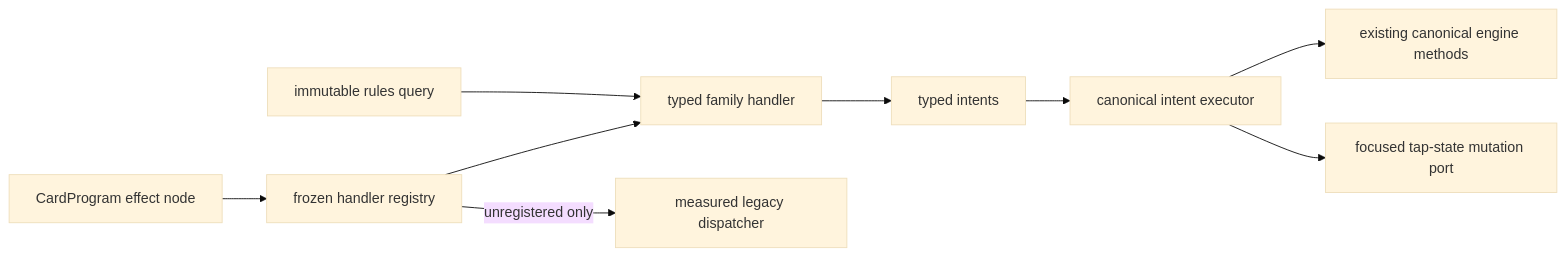
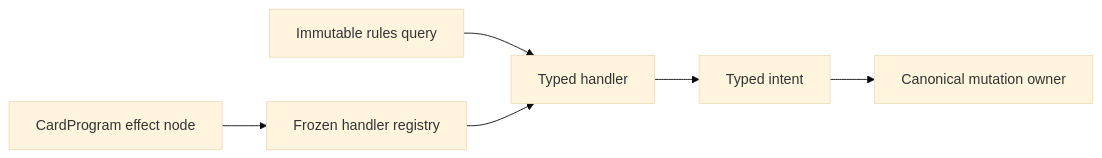
One commit to MoellerJDev/mtg-commander-sim changed the diagram in docs/architecture/semantic-handlers.md. Above: the diagram before and after it, drawn with Mermaid (base theme). The commit also changed other lines of this file and 103 other files, not shown here.

````diff
--- a/docs/architecture/semantic-handlers.md
+++ b/docs/architecture/semantic-handlers.md
@@ -18,11 +18,8 @@
 ```mermaid
 flowchart LR
-    Program["CardProgram effect node"] --> Registry["frozen handler registry"]
-    Query["immutable rules query"] --> Handler["typed family handler"]
+    Node["CardProgram effect node"] --> Registry["Frozen handler registry"]
+    Query["Immutable rules query"] --> Handler["Typed handler"]
     Registry --> Handler
-    Handler --> Intents["typed intents"]
-    Intents --> Executor["canonical intent executor"]
-    Executor --> Engine["existing canonical engine methods"]
-    Executor --> TapPort["focused tap-state mutation port"]
-    Registry -->|"unregistered only"| Legacy["measured legacy dispatcher"]
+    Handler --> Intent["Typed intent"]
+    Intent --> Owner["Canonical mutation owner"]
 ```
````
